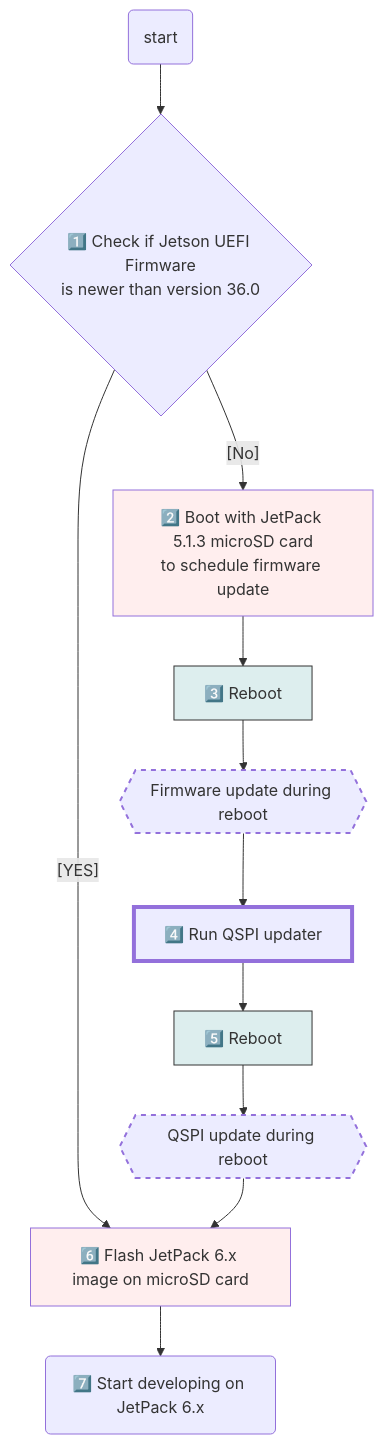
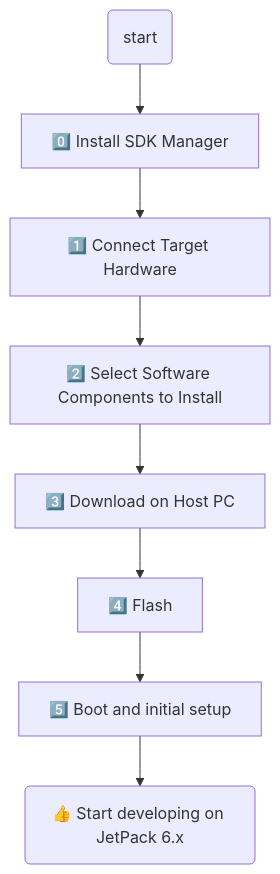
One commit to NVIDIA-AI-IOT/jetson-generative-ai-playground changed the second of 2 diagrams in docs/initial_setup_jon_sdkm.md. Above: the diagram before and after it, drawn with Mermaid. The commit also changed other lines of this file and 23 other files, not shown here.

````diff
--- a/docs/initial_setup_jon_sdkm.md
+++ b/docs/initial_setup_jon_sdkm.md
@@ -77,18 +80,10 @@
     ```mermaid
     flowchart
-        A(start) --> B{1️⃣ Check if Jetson UEFI Firmware<br>is newer than version 36.0}
-        B --[YES] --> O[6️⃣ Flash JetPack 6.x image on microSD card]
-        B --[No] --> C[2️⃣ Boot with JetPack 5.1.3 microSD card<br>to schedule firmware update]
-        C --> D[3️⃣ Reboot] --> E{{Firmware update during reboot}}
-        E --> F[4️⃣ Run QSPI updater] --> G[5️⃣ Reboot] --> H{{QSPI update during reboot}}
-        H --> O
-        O --> P(7️⃣ Start developing on JetPack 6.x) 
-
-        style C fill:#fee
-        style D fill:#DEE,stroke:#333
-        style G fill:#DEE,stroke:#333
-        style F stroke-width:4px
-        style E stroke-width:2px,stroke-dasharray: 5 5
-        style H stroke-width:2px,stroke-dasharray: 5 5
-        style O fill:#fee
+        A(start) --> B[0️⃣ Install SDK Manager]
+        B --> C[1️⃣ Connect Target Hardware] 
+        C --> D[2️⃣ Select Software Components to Install]
+        D --> E[3️⃣ Download on Host PC]
+        E --> F[4️⃣ Flash]
+        F --> G[5️⃣ Boot and initial setup]
+        G --> P(👍 Start developing on JetPack 6.x) 
     ```
````
